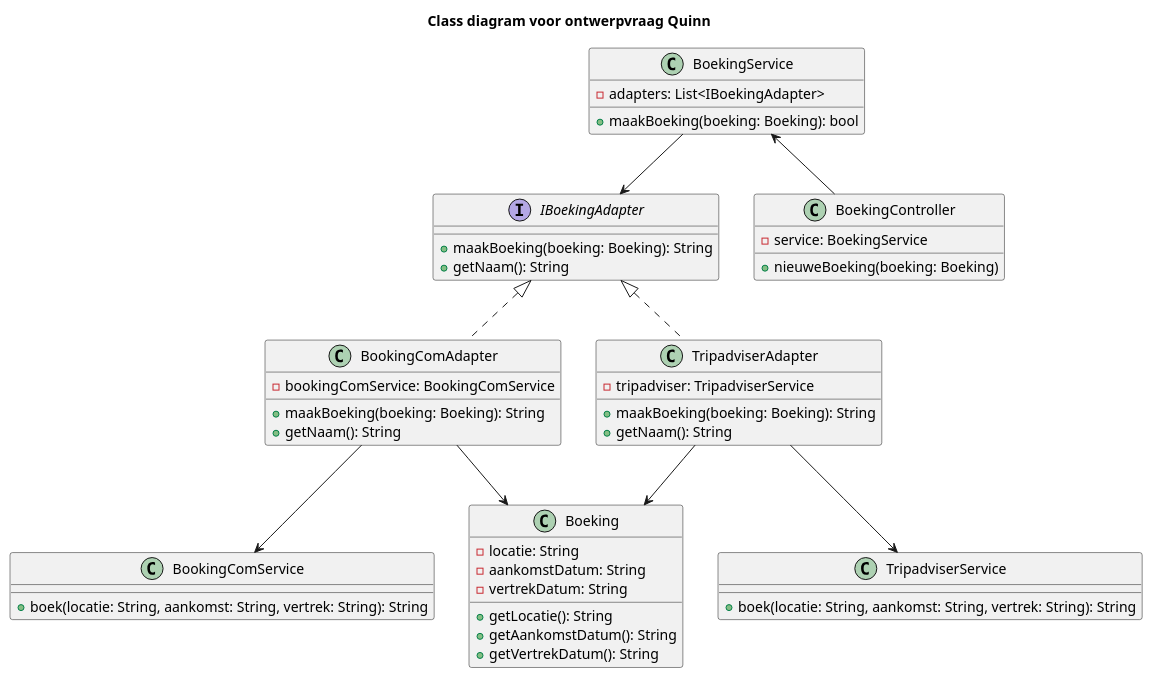
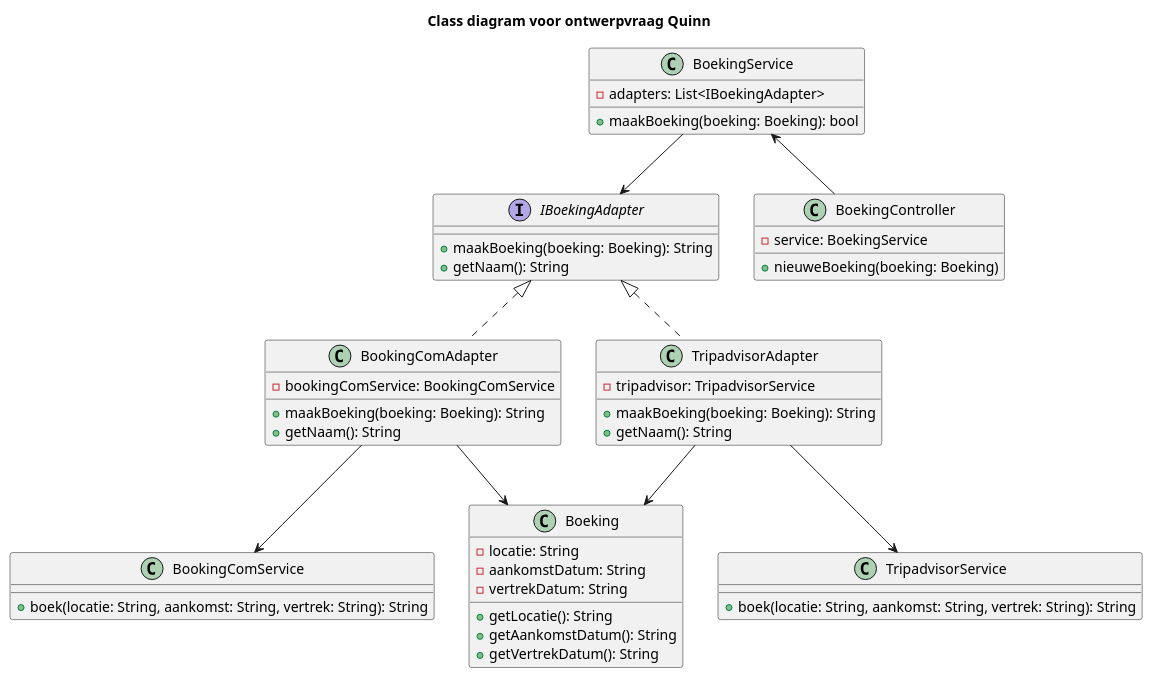
One commit to AIM-ENE-feb25/triptop-sqr-tech changed the diagram in Quinn/Diagrammen/Class diagram Quinn.puml. Above: the diagram before and after it, drawn with PlantUML. The commit also changed 2 other files, not shown here.

Commit message:
Tripadviser veranderd in Tripadvisor

```diff
--- a/Quinn/Diagrammen/Class diagram Quinn.puml
+++ b/Quinn/Diagrammen/Class diagram Quinn.puml
@@ -1,60 +1,60 @@
 @startuml
 'https://plantuml.com/class-diagram
 
 title Class diagram voor ontwerpvraag Quinn
 
 
 
 interface IBoekingAdapter {
     + maakBoeking(boeking: Boeking): String
     + getNaam(): String
 }
 
 class BookingComService {
     + boek(locatie: String, aankomst: String, vertrek: String): String
 }
 
 
 class BookingComAdapter implements IBoekingAdapter {
     - bookingComService: BookingComService
     + maakBoeking(boeking: Boeking): String
     + getNaam(): String
 }
 
-class TripadviserService {
+class TripadvisorService {
     + boek(locatie: String, aankomst: String, vertrek: String): String
 }
 
 
-class TripadviserAdapter implements IBoekingAdapter {
-    - tripadviser: TripadviserService
+class TripadvisorAdapter implements IBoekingAdapter {
+    - tripadvisor: TripadvisorService
     + maakBoeking(boeking: Boeking): String
     + getNaam(): String
 }
 class Boeking {
     - locatie: String
     - aankomstDatum: String
     - vertrekDatum: String
     + getLocatie(): String
     + getAankomstDatum(): String
     + getVertrekDatum(): String
 }
 
 class BoekingService {
     - adapters: List<IBoekingAdapter>
     + maakBoeking(boeking: Boeking): bool
 }
 
 class BoekingController {
     - service: BoekingService
     + nieuweBoeking(boeking: Boeking)
 }
 
-TripadviserAdapter --> TripadviserService
+TripadvisorAdapter --> TripadvisorService
 BookingComAdapter --> BookingComService
 BoekingService <-- BoekingController
 BoekingService --> IBoekingAdapter
 BookingComAdapter --> Boeking
-TripadviserAdapter --> Boeking
+TripadvisorAdapter --> Boeking
 
 @enduml
```
